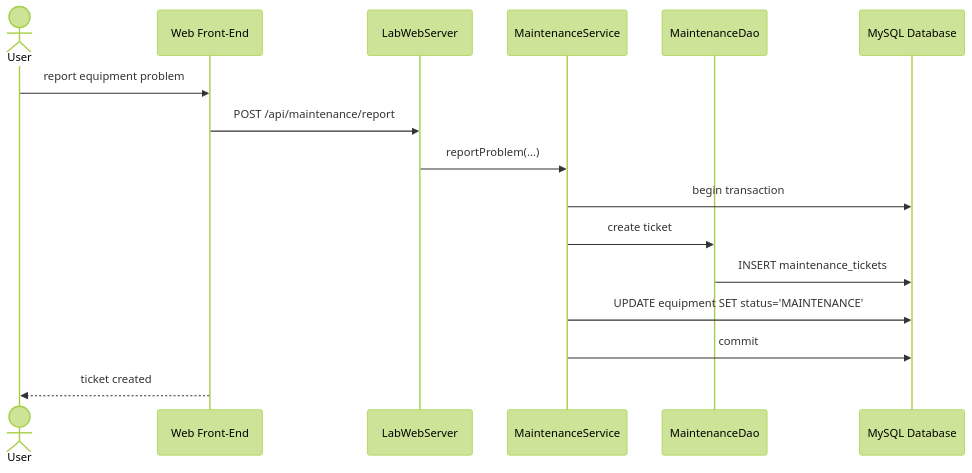
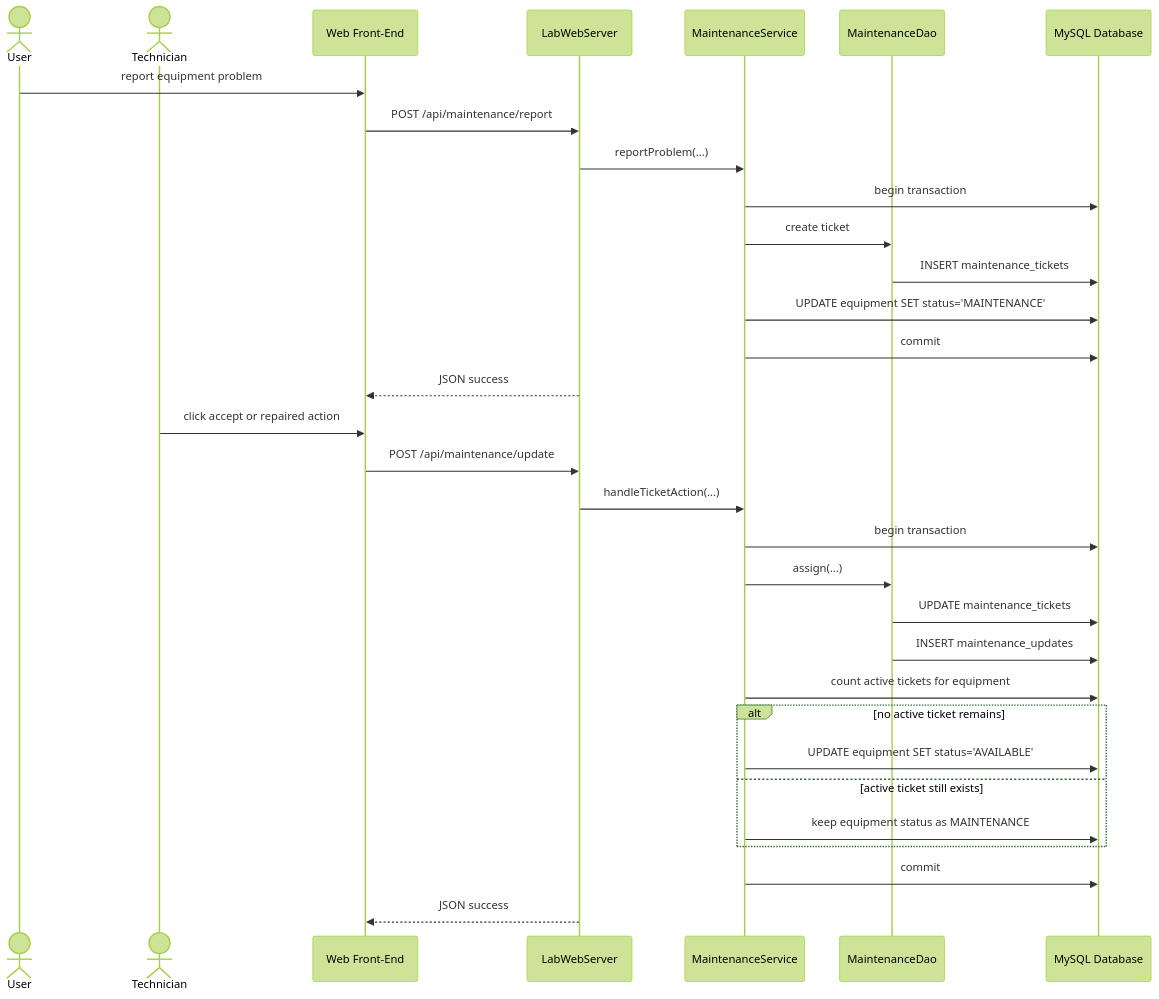
The fourth of 5 diagrams in docs/03-uml-modeling.md (LiuZongrun7/database-lab), drawn with Mermaid (forest theme) before and after one commit. The commit also changed other lines of this file and 54 other files, not shown here.

````diff
--- a/docs/03-uml-modeling.md
+++ b/docs/03-uml-modeling.md
@@ -124,19 +234,36 @@
 ```mermaid
 sequenceDiagram
 actor User
+actor Technician
 participant UI as Web Front-End
 participant API as LabWebServer
 participant Service as MaintenanceService
 participant DAO as MaintenanceDao
 participant DB as MySQL Database
 
 User->>UI: report equipment problem
 UI->>API: POST /api/maintenance/report
 API->>Service: reportProblem(...)
 Service->>DB: begin transaction
 Service->>DAO: create ticket
 DAO->>DB: INSERT maintenance_tickets
 Service->>DB: UPDATE equipment SET status='MAINTENANCE'
 Service->>DB: commit
-UI-->>User: ticket created
+API-->>UI: JSON success
+
+Technician->>UI: click accept or repaired action
+UI->>API: POST /api/maintenance/update
+API->>Service: handleTicketAction(...)
+Service->>DB: begin transaction
+Service->>DAO: assign(...)
+DAO->>DB: UPDATE maintenance_tickets
+DAO->>DB: INSERT maintenance_updates
+Service->>DB: count active tickets for equipment
+alt no active ticket remains
+  Service->>DB: UPDATE equipment SET status='AVAILABLE'
+else active ticket still exists
+  Service->>DB: keep equipment status as MAINTENANCE
+end
+Service->>DB: commit
+API-->>UI: JSON success
 ```
````
